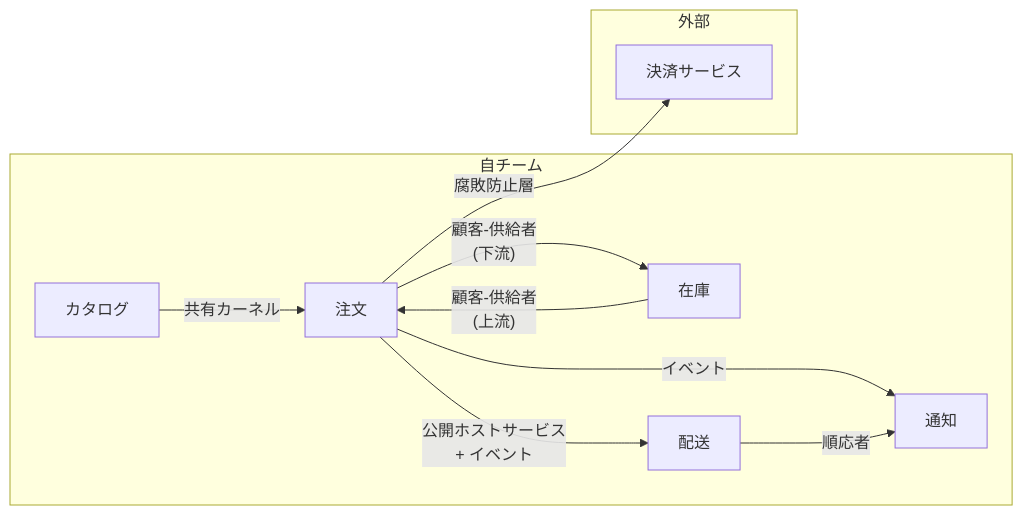
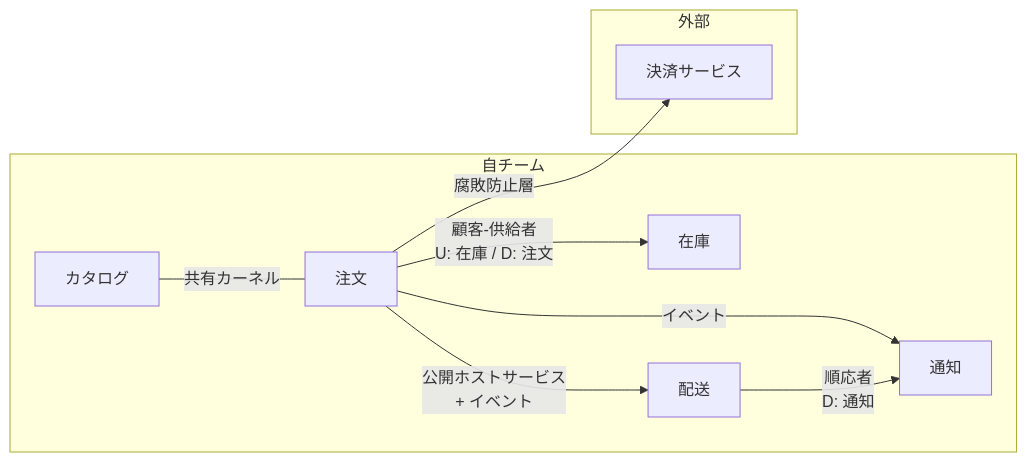
The second of 2 diagrams in articles/4415a24c8a2820.md (135yshr/documents), drawn with Mermaid before and after one commit. The commit also changed other lines of this file, not shown here.

````diff
--- a/articles/4415a24c8a2820.md
+++ b/articles/4415a24c8a2820.md
@@ -100,21 +96,20 @@
 ```mermaid
 graph LR
     subgraph 自チーム
         Order[注文]
         Inventory[在庫]
         Catalog[カタログ]
         Shipping[配送]
         Notification[通知]
     end
     subgraph 外部
         Payment[決済サービス]
     end
 
-    Catalog -- "共有カーネル" --> Order
-    Order -- "顧客-供給者<br/>(下流)" --> Inventory
-    Inventory -- "顧客-供給者<br/>(上流)" --> Order
+    Catalog -- "共有カーネル" --- Order
+    Order -- "顧客-供給者<br/>U: 在庫 / D: 注文" --> Inventory
     Order -- "腐敗防止層" --> Payment
     Order -- "公開ホストサービス<br/>+ イベント" --> Shipping
     Order -- "イベント" --> Notification
-    Shipping -- "順応者" --> Notification
+    Shipping -- "順応者<br/>D: 通知" --> Notification
 ```
````
